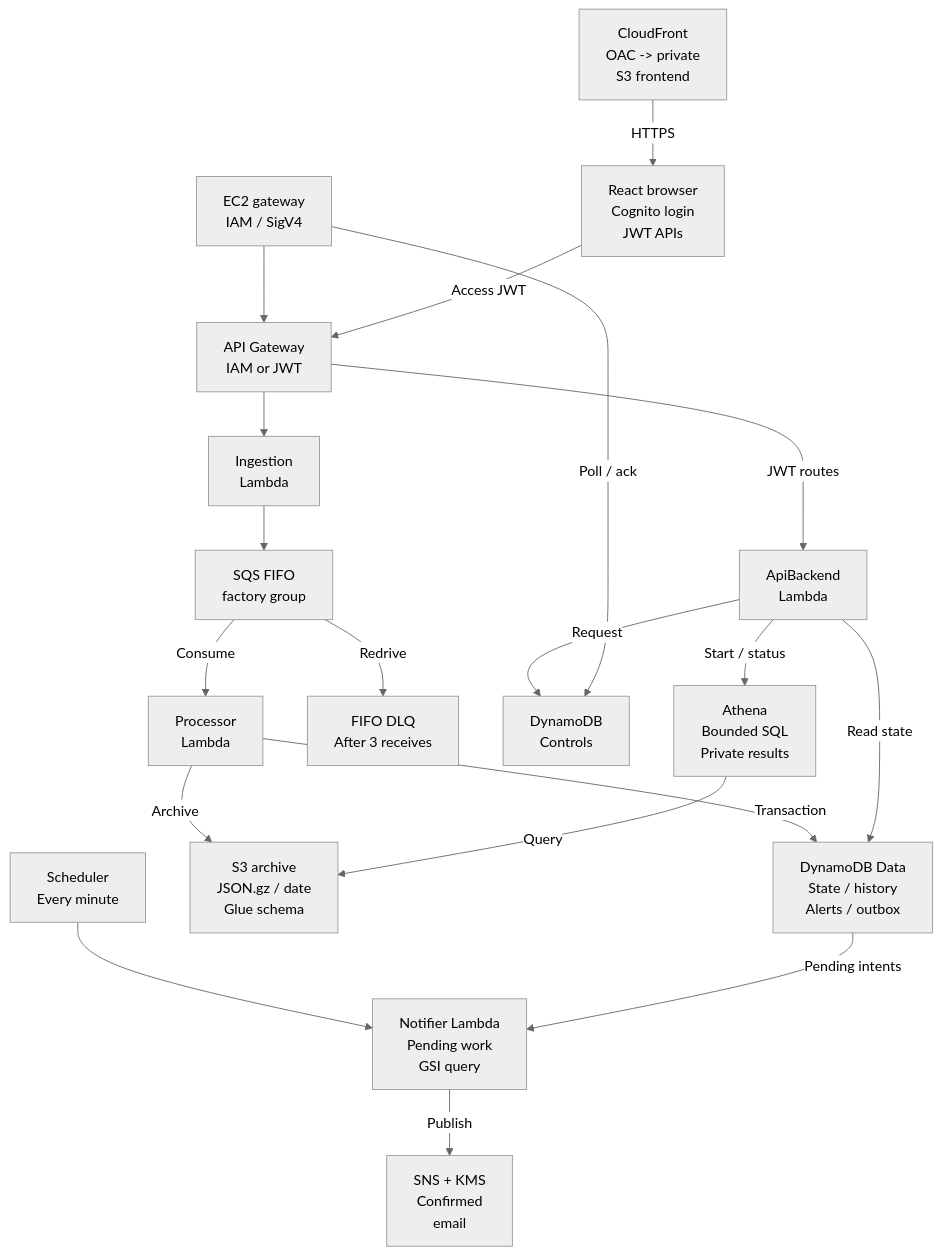
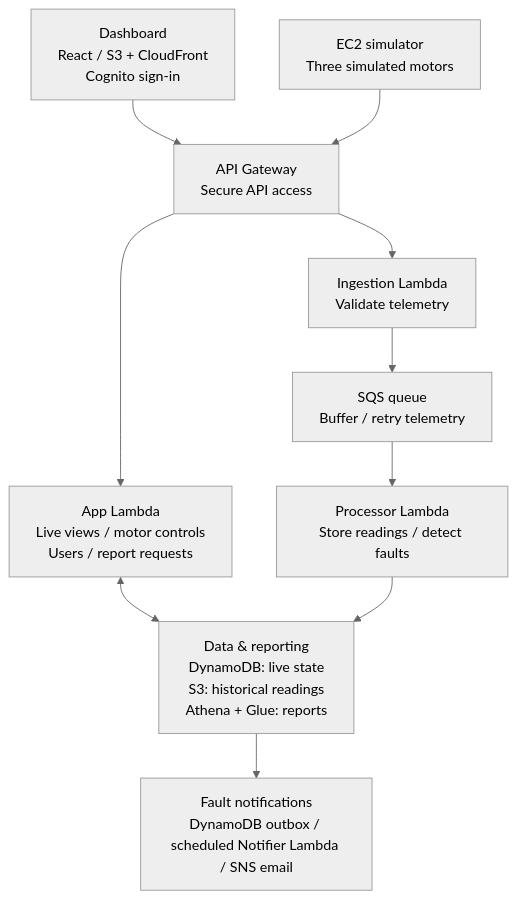
Before and after one commit to akshaykripalani/ccproj: the diagram in assignment_docs/diagrams/02-aws-components.mmd, drawn with Mermaid (neutral theme). The commit also changed 8 other files, not shown here.

Commit message:
Simplify assignment architecture into one presentation overview

```diff
--- a/assignment_docs/diagrams/02-aws-components.mmd
+++ b/assignment_docs/diagrams/02-aws-components.mmd
@@ -1,35 +1,19 @@
 flowchart TB
-    ec2["EC2 gateway<br/>IAM / SigV4"]
-    api["API Gateway<br/>IAM or JWT"]
-    ing["Ingestion<br/>Lambda"]
-    q["SQS FIFO<br/>factory group"]
-    processor["Processor<br/>Lambda"]
-    dlq["FIFO DLQ<br/>After 3 receives"]
-    data["DynamoDB Data<br/>State / history<br/>Alerts / outbox"]
-    archive["S3 archive<br/>JSON.gz / date<br/>Glue schema"]
-    app["ApiBackend<br/>Lambda"]
-    ctrl["DynamoDB<br/>Controls"]
-    browser["React browser<br/>Cognito login<br/>JWT APIs"]
-    hosting["CloudFront<br/>OAC -> private<br/>S3 frontend"]
-    athena["Athena<br/>Bounded SQL<br/>Private results"]
-    sched["Scheduler<br/>Every minute"]
-    notify["Notifier Lambda<br/>Pending work<br/>GSI query"]
-    sns["SNS + KMS<br/>Confirmed<br/>email"]
+    dashboard["Dashboard<br/>React / S3 + CloudFront<br/>Cognito sign-in"]
+    api["API Gateway<br/>Secure API access"]
+    app["App Lambda<br/>Live views / motor controls<br/>Users / report requests"]
+    data["Data & reporting<br/>DynamoDB: live state<br/>S3: historical readings<br/>Athena + Glue: reports"]
+    ec2["EC2 simulator<br/>Three simulated motors"]
+    ing["Ingestion Lambda<br/>Validate telemetry"]
+    queue["SQS queue<br/>Buffer / retry telemetry"]
+    processor["Processor Lambda<br/>Store readings / detect faults"]
+    notifications["Fault notifications<br/>DynamoDB outbox / scheduled Notifier Lambda / SNS email"]
+    dashboard --> api
+    api --> app
+    app <--> data
     ec2 --> api
     api --> ing
-    ing --> q
-    q -->|"Consume"| processor
-    q -->|"Redrive"| dlq
-    processor -->|"Transaction"| data
-    processor -->|"Archive"| archive
-    api -->|"JWT routes"| app
-    app -->|"Request"| ctrl
-    ec2 -->|"Poll / ack"| ctrl
-    browser -->|"Access JWT"| api
-    hosting -->|"HTTPS"| browser
-    app -->|"Start / status"| athena
-    athena -->|"Query"| archive
-    app -->|"Read state"| data
-    sched --> notify
-    notify -->|"Publish"| sns
-    data -->|"Pending intents"| notify
+    ing --> queue
+    queue --> processor
+    processor --> data
+    data --> notifications
```
